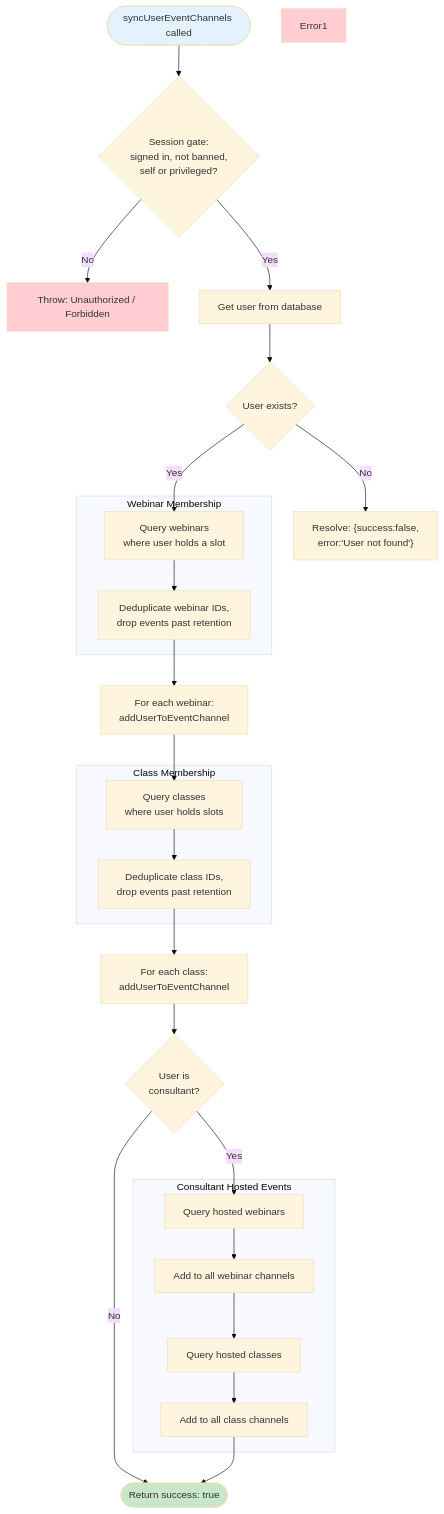
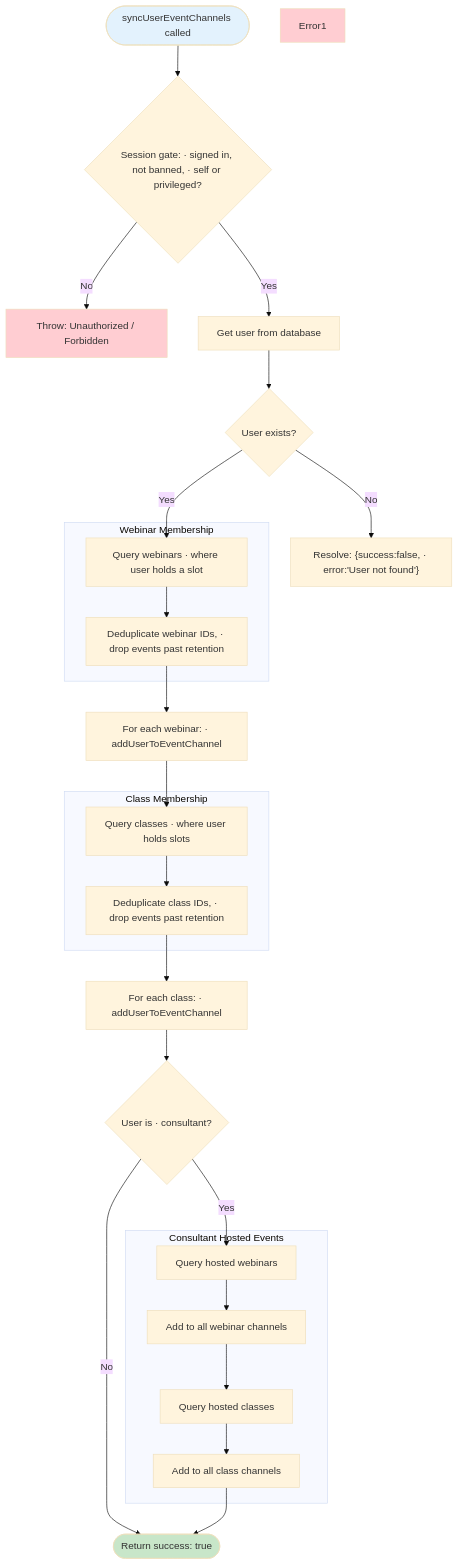
The second of 2 diagrams in docs/stream/06-channel-management.md (Practitionist/familiarise_web), drawn with Mermaid (base theme) before and after one commit. The commit also changed other lines of this file and 244 other files, not shown here.

````diff
--- a/docs/stream/06-channel-management.md
+++ b/docs/stream/06-channel-management.md
@@ -285,55 +285,55 @@
 ```mermaid
 flowchart TB
     Start([syncUserEventChannels called])
-    Start --> AuthGate{"Session gate:<br/>signed in, not banned,<br/>self or privileged?"}
-    AuthGate -->|No| Error0[Throw: Unauthorized / Forbidden]
+    Start --> AuthGate{"Session gate: · signed in, not banned, · self or privileged?"}
+    AuthGate -->|No| Error0["Throw: Unauthorized / Forbidden"]
     AuthGate -->|Yes| GetUser[Get user from database]
 
     GetUser --> CheckUser{User exists?}
-    CheckUser -->|No| ResolveMissing["Resolve: {success:false,<br/>error:'User not found'}"]
+    CheckUser -->|No| ResolveMissing["Resolve: {success:false, · error:'User not found'}"]
     CheckUser -->|Yes| GetWebinarsAppts
 
     subgraph "Webinar Membership"
-        GetWebinarsAppts[Query webinars<br/>where user holds a slot]
-        DedupeWebinars[Deduplicate webinar IDs,<br/>drop events past retention]
+        GetWebinarsAppts["Query webinars · where user holds a slot"]
+        DedupeWebinars["Deduplicate webinar IDs, · drop events past retention"]
 
         GetWebinarsAppts --> DedupeWebinars
     end
 
-    DedupeWebinars --> AddToWebinars[For each webinar:<br/>addUserToEventChannel]
+    DedupeWebinars --> AddToWebinars["For each webinar: · addUserToEventChannel"]
 
     subgraph "Class Membership"
-        GetClassesAppts[Query classes<br/>where user holds slots]
-        DedupeClasses[Deduplicate class IDs,<br/>drop events past retention]
+        GetClassesAppts["Query classes · where user holds slots"]
+        DedupeClasses["Deduplicate class IDs, · drop events past retention"]
 
         GetClassesAppts --> DedupeClasses
     end
 
     AddToWebinars --> GetClassesAppts
-    DedupeClasses --> AddToClasses[For each class:<br/>addUserToEventChannel]
+    DedupeClasses --> AddToClasses["For each class: · addUserToEventChannel"]
 
-    AddToClasses --> IsConsultant{User is<br/>consultant?}
+    AddToClasses --> IsConsultant{User is · consultant?}
 
     IsConsultant -->|No| Success
     IsConsultant -->|Yes| GetHostedWebinars
 
     subgraph "Consultant Hosted Events"
         GetHostedWebinars[Query hosted webinars]
         GetHostedClasses[Query hosted classes]
         AddConsultantToWebinars[Add to all webinar channels]
         AddConsultantToClasses[Add to all class channels]
 
         GetHostedWebinars --> AddConsultantToWebinars
         GetHostedClasses --> AddConsultantToClasses
     end
 
     AddConsultantToWebinars --> GetHostedClasses
     AddConsultantToClasses --> Success
 
     Success([Return success: true])
 
     style Start fill:#e3f2fd
     style Success fill:#c8e6c9
     style Error0 fill:#ffcdd2
     style Error1 fill:#ffcdd2
 ```
````
